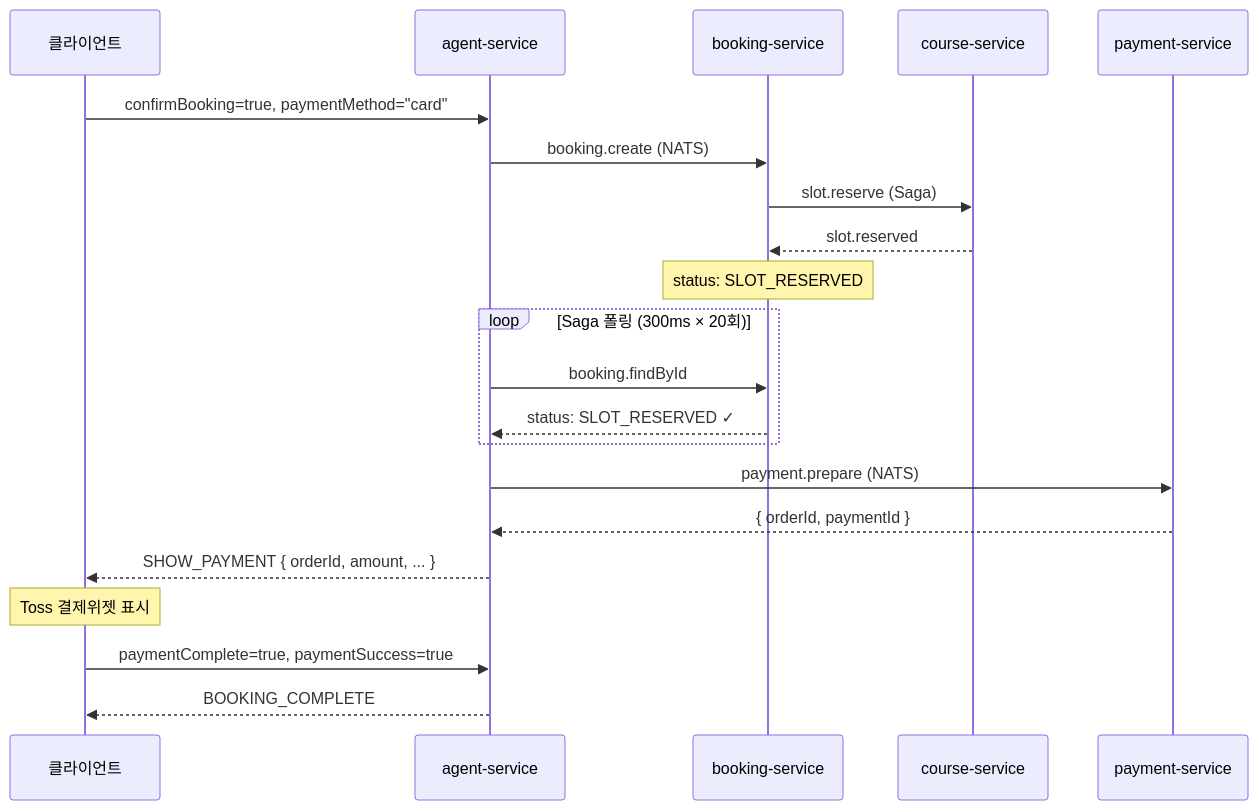
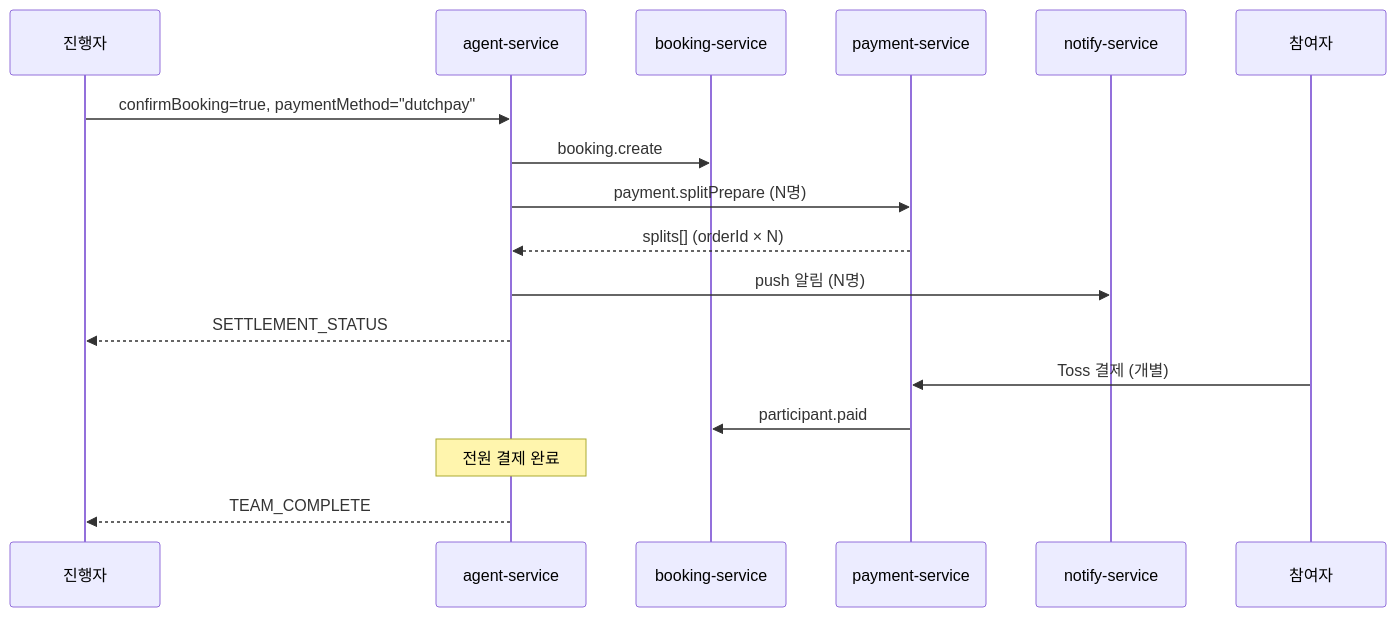
One commit to uniyous/parkgolf-platform changed the third of 4 diagrams in docs/workflow/AGENT.md. Above: the diagram before and after it, drawn with Mermaid. The commit also changed other lines of this file, not shown here.

First line of the commit message:
docs(agent): AGENT.md 전체 현행화 및 심플화 (1352→565줄)

````diff
--- a/docs/workflow/AGENT.md
+++ b/docs/workflow/AGENT.md
@@ -565,28 +331,22 @@
 ```mermaid
 sequenceDiagram
-    participant App as 클라이언트
+    participant App as 진행자
     participant Agent as agent-service
     participant Book as booking-service
-    participant Course as course-service
     participant Pay as payment-service
+    participant Notify as notify-service
+    participant P as 참여자
 
-    App->>Agent: confirmBooking=true, paymentMethod="card"
-    Agent->>Book: booking.create (NATS)
-    Book->>Course: slot.reserve (Saga)
-    Course-->>Book: slot.reserved
-    Note over Book: status: SLOT_RESERVED
+    App->>Agent: confirmBooking=true, paymentMethod="dutchpay"
+    Agent->>Book: booking.create
+    Agent->>Pay: payment.splitPrepare (N명)
+    Pay-->>Agent: splits[] (orderId × N)
+    Agent->>Notify: push 알림 (N명)
+    Agent-->>App: SETTLEMENT_STATUS
 
-    loop Saga 폴링 (300ms × 20회)
-        Agent->>Book: booking.findById
-        Book-->>Agent: status: SLOT_RESERVED ✓
-    end
+    P->>Pay: Toss 결제 (개별)
+    Pay->>Book: participant.paid
 
-    Agent->>Pay: payment.prepare (NATS)
-    Pay-->>Agent: { orderId, paymentId }
-
-    Agent-->>App: SHOW_PAYMENT { orderId, amount, ... }
-    Note over App: Toss 결제위젯 표시
-
-    App->>Agent: paymentComplete=true, paymentSuccess=true
-    Agent-->>App: BOOKING_COMPLETE
+    Note over Agent: 전원 결제 완료
+    Agent-->>App: TEAM_COMPLETE
 ```
````
